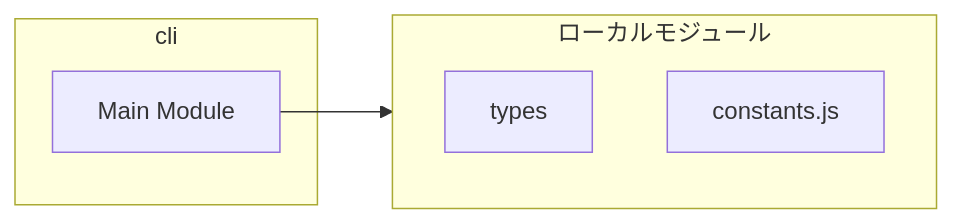
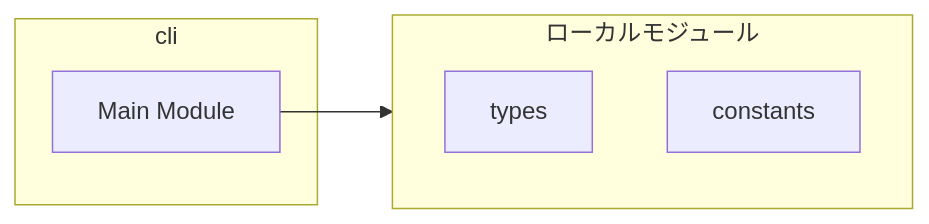
One commit to Mekann2904/mekann changed the first of 3 diagrams in ABDD/.pi/extensions/search/utils/cli.md. Above: the diagram before and after it, drawn with Mermaid. The commit also changed other lines of this file and 174 other files, not shown here.

First line of the commit message:
fix(docs): ABDDのMermaid図生成エラーを修正する

````diff
--- a/ABDD/.pi/extensions/search/utils/cli.md
+++ b/ABDD/.pi/extensions/search/utils/cli.md
@@ -41,11 +41,11 @@
 ```mermaid
 flowchart LR
   subgraph this[cli]
     main[Main Module]
   end
   subgraph local[ローカルモジュール]
     types["types"]
-    constants_js["constants.js"]
+    constants["constants"]
   end
   main --> local
 ```
````
